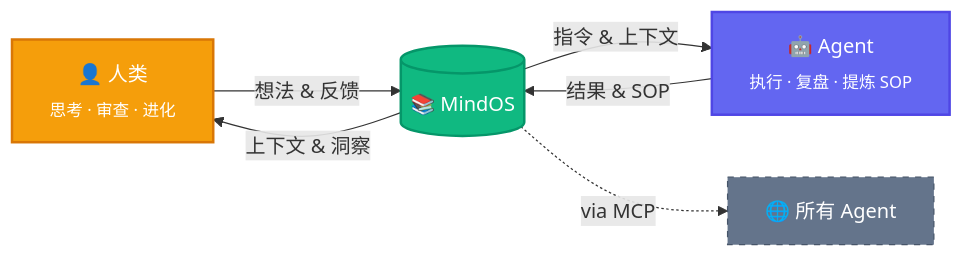
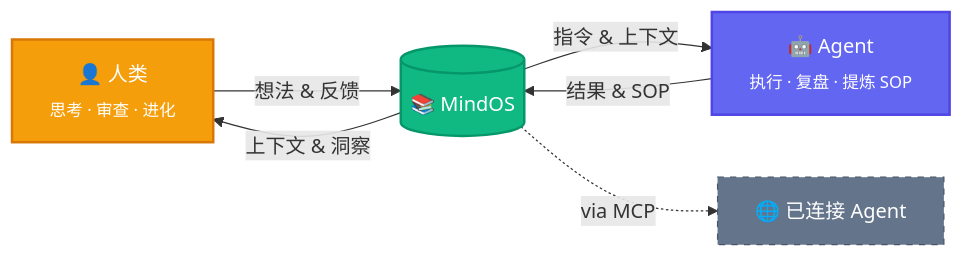
The diagram in README_zh.md (GeminiLight/MindOS), drawn with Mermaid before and after one commit. The commit also changed other lines of this file and 1 other file, not shown here.

````diff
--- a/README_zh.md
+++ b/README_zh.md
@@ -253,18 +254,18 @@
 ```mermaid
 graph LR
     H["👤 人类<br/><sub>思考 · 审查 · 进化</sub>"]
     M[("📚 MindOS")]
     A["🤖 Agent<br/><sub>执行 · 复盘 · 提炼 SOP</sub>"]
-    EXT["🌐 所有 Agent"]
+    EXT["🌐 已连接 Agent"]
 
     H -- "想法 & 反馈" --> M
     M -- "上下文 & 洞察" --> H
     M -- "指令 & 上下文" --> A
     A -- "结果 & SOP" --> M
     M -. "via MCP" .-> EXT
 
     style H fill:#f59e0b,stroke:#d97706,color:#fff,stroke-width:2px
     style M fill:#10b981,stroke:#059669,color:#fff,stroke-width:2px
     style A fill:#6366f1,stroke:#4f46e5,color:#fff,stroke-width:2px
     style EXT fill:#64748b,stroke:#475569,color:#fff,stroke-dasharray:5 5
 ```
````
